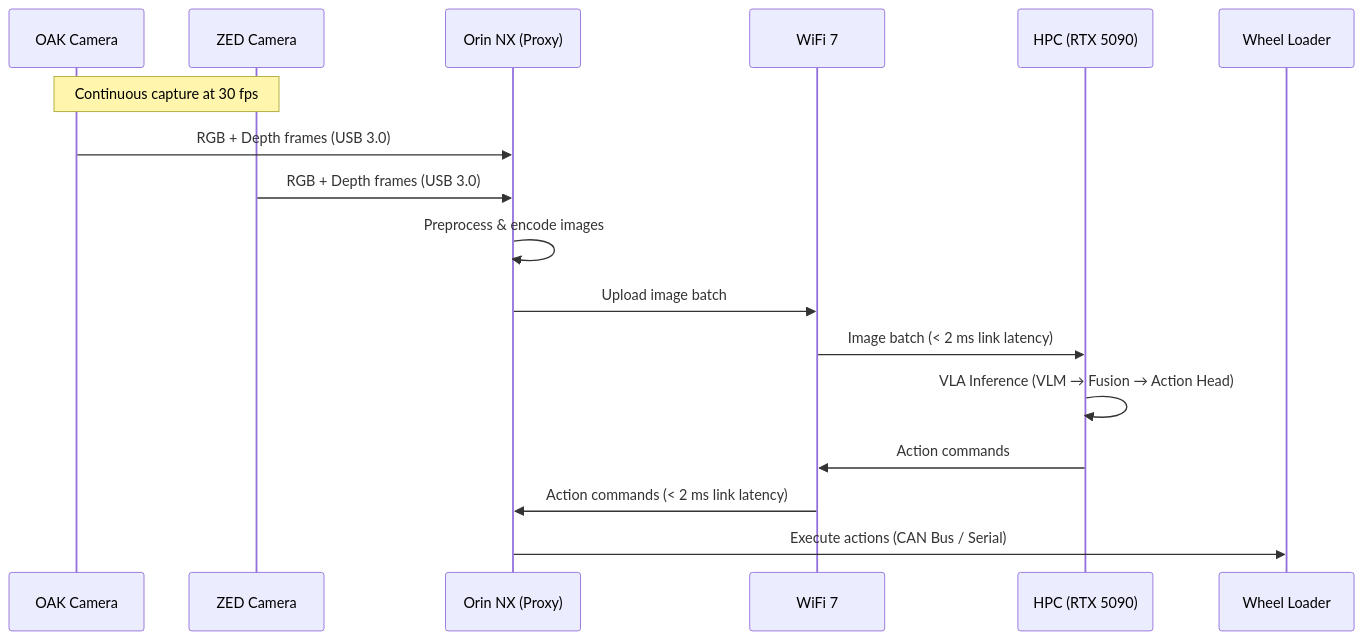
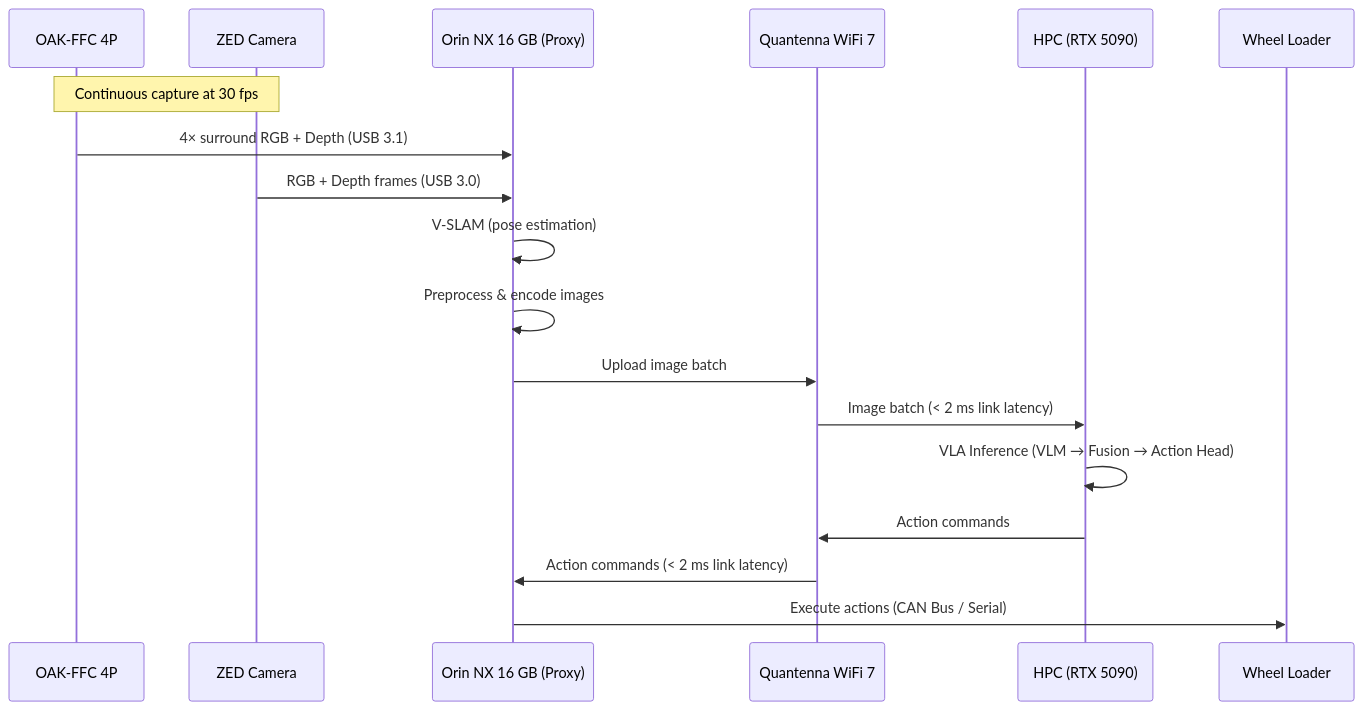
The second of 3 diagrams in docs/design/COMPUTING_PLATFORM.md (wfhit/librobot_vla), drawn with Mermaid before and after one commit. The commit also changed other lines of this file, not shown here.

Commit message:
Update computing platform: OAK FFC 4P, Orin NX 16GB, Quantenna WiFi 7

````diff
--- a/docs/design/COMPUTING_PLATFORM.md
+++ b/docs/design/COMPUTING_PLATFORM.md
@@ -99,26 +109,27 @@
 ```mermaid
 sequenceDiagram
-    participant OAK as OAK Camera
+    participant OAK as OAK-FFC 4P
     participant ZED as ZED Camera
-    participant ORIN as Orin NX (Proxy)
-    participant WIFI as WiFi 7
+    participant ORIN as Orin NX 16 GB (Proxy)
+    participant WIFI as Quantenna WiFi 7
     participant HPC as HPC (RTX 5090)
     participant LOADER as Wheel Loader
 
     Note over OAK,ZED: Continuous capture at 30 fps
 
-    OAK->>ORIN: RGB + Depth frames (USB 3.0)
+    OAK->>ORIN: 4× surround RGB + Depth (USB 3.1)
     ZED->>ORIN: RGB + Depth frames (USB 3.0)
 
+    ORIN->>ORIN: V-SLAM (pose estimation)
     ORIN->>ORIN: Preprocess & encode images
 
     ORIN->>WIFI: Upload image batch
     WIFI->>HPC: Image batch (< 2 ms link latency)
 
     HPC->>HPC: VLA Inference (VLM → Fusion → Action Head)
 
     HPC->>WIFI: Action commands
     WIFI->>ORIN: Action commands (< 2 ms link latency)
 
     ORIN->>LOADER: Execute actions (CAN Bus / Serial)
 ```
````
